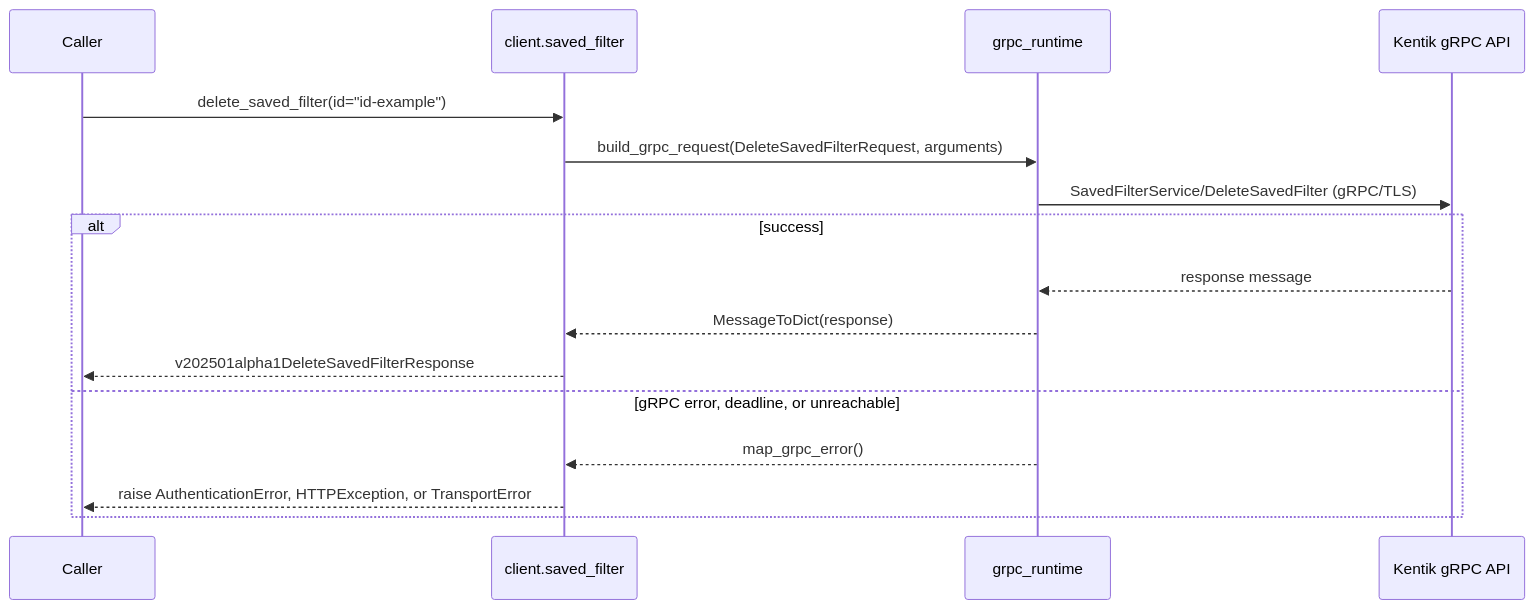
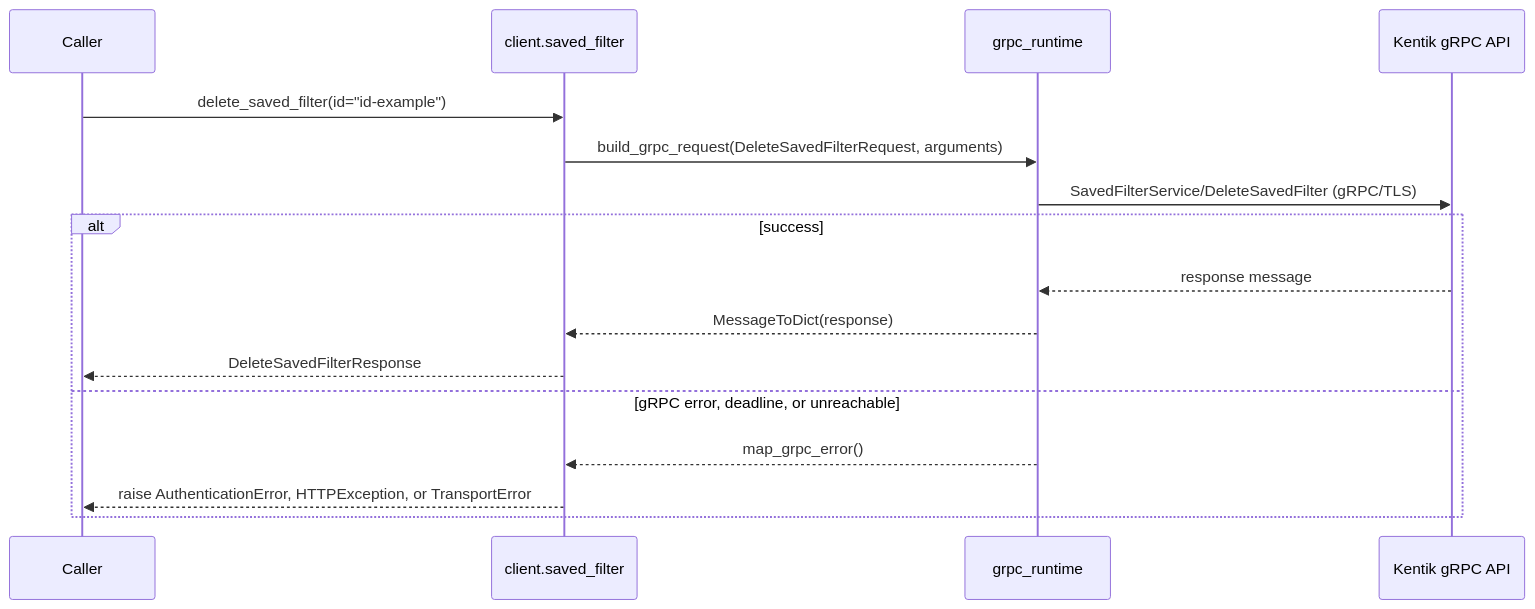
Before and after one commit to alexdearaujo/community_sdk_python: the ninth of 14 diagrams in docs/sphinx/services/saved_filter.md, drawn with Mermaid. The commit also changed other lines of this file and 38 other files, not shown here.

````diff
--- a/docs/sphinx/services/saved_filter.md
+++ b/docs/sphinx/services/saved_filter.md
@@ -289,19 +289,19 @@
 ```mermaid
 sequenceDiagram
     participant C as Caller
     participant W as client.saved_filter
     participant R as grpc_runtime
     participant API as Kentik gRPC API
 
     C->>W: delete_saved_filter(id="id-example")
     W->>R: build_grpc_request(DeleteSavedFilterRequest, arguments)
     R->>API: SavedFilterService/DeleteSavedFilter (gRPC/TLS)
     alt success
         API-->>R: response message
         R-->>W: MessageToDict(response)
-        W-->>C: v202501alpha1DeleteSavedFilterResponse
+        W-->>C: DeleteSavedFilterResponse
     else gRPC error, deadline, or unreachable
         R-->>W: map_grpc_error()
         W-->>C: raise AuthenticationError, HTTPException, or TransportError
     end
 ```
````
